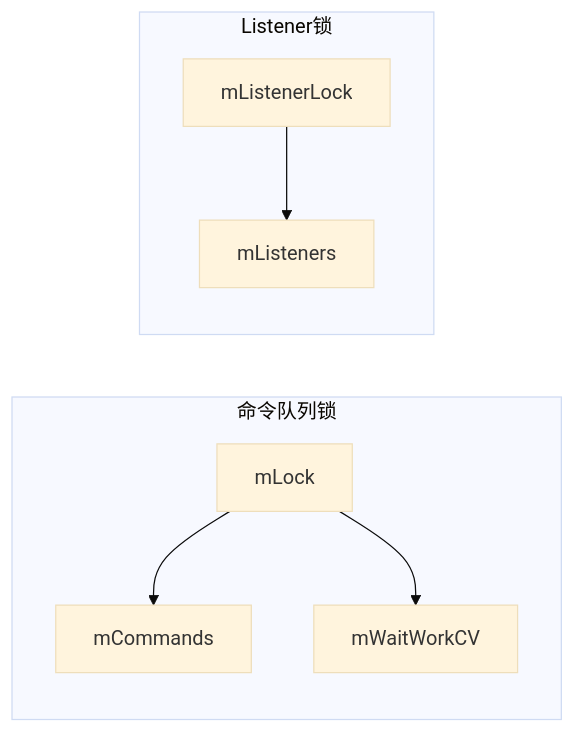
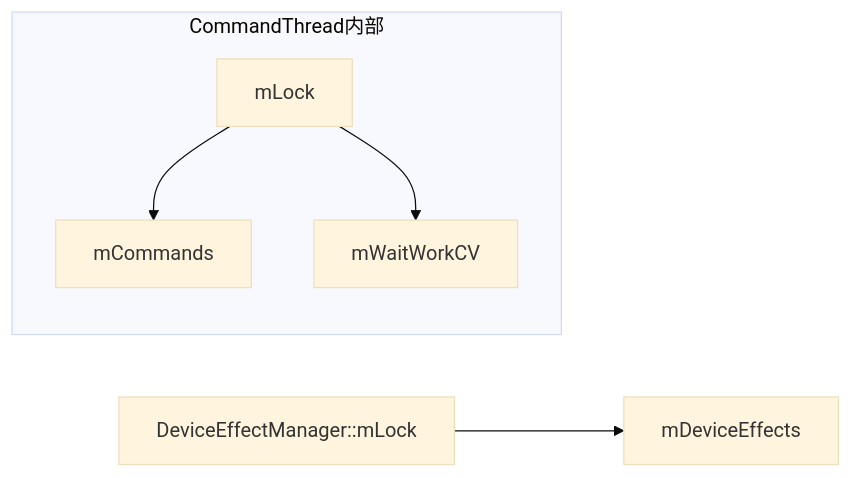
Before and after one commit to yanglinzhen1022/SA8295_AAOS_QNX_Audio_KnowledgeBase: the third of 4 diagrams in 05_AudioFlinger/05_5.15_PatchCommandThread-Patch异步命令线程.md, drawn with Mermaid (base theme). The commit also changed other lines of this file and 12 other files, not shown here.

````diff
--- a/05_AudioFlinger/05_5.15_PatchCommandThread-Patch异步命令线程.md
+++ b/05_AudioFlinger/05_5.15_PatchCommandThread-Patch异步命令线程.md
@@ -319,10 +252,8 @@
 ```mermaid
 flowchart LR
-    subgraph 命令队列锁
+    subgraph CommandThread内部
         ML[mLock] --> Q[mCommands]
         ML --> CV[mWaitWorkCV]
     end
-    subgraph Listener锁
-        MLL[mListenerLock] --> L[mListeners]
-    end
+    DEMmLock[DeviceEffectManager::mLock] --> DEP[mDeviceEffects]
 ```
````
